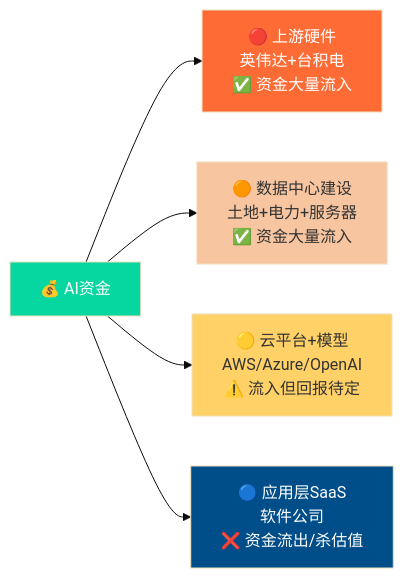
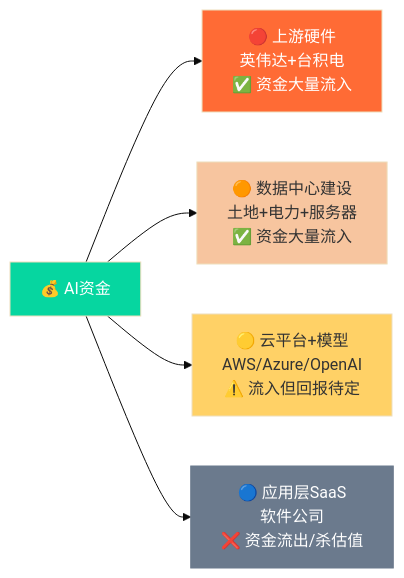
Before and after one commit to dumpling404/obsidian_note: the second of 3 diagrams in content/代加工食材/AI产业链全景图.md, drawn with Mermaid (base theme). The commit also changed other lines of this file, not shown here.

Commit message:
fix dark node text

````diff
--- a/content/代加工食材/AI产业链全景图.md
+++ b/content/代加工食材/AI产业链全景图.md
@@ -131,13 +131,13 @@
 ```mermaid
 graph LR
     Money["💰 AI资金"] --> HW["🔴 上游硬件<br/>英伟达+台积电<br/>✅ 资金大量流入"]
     Money --> DC["🟠 数据中心建设<br/>土地+电力+服务器<br/>✅ 资金大量流入"]
     Money --> Cloud["🟡 云平台+模型<br/>AWS/Azure/OpenAI<br/>⚠️ 流入但回报待定"]
     Money --> App["🔵 应用层SaaS<br/>软件公司<br/>❌ 资金流出/杀估值"]
 
     style HW fill:#FF6B35,color:#fff
     style DC fill:#F7C59F,color:#333
     style Cloud fill:#FFD166,color:#333
-    style App fill:#004E89,color:#fff
+    style App fill:#6b7a8d,color:#fff,stroke:#6b7a8d
     style Money fill:#06D6A0,color:#fff
 ```
````
